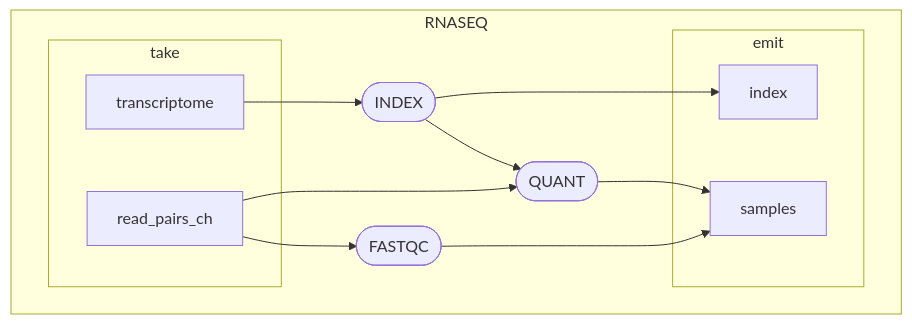
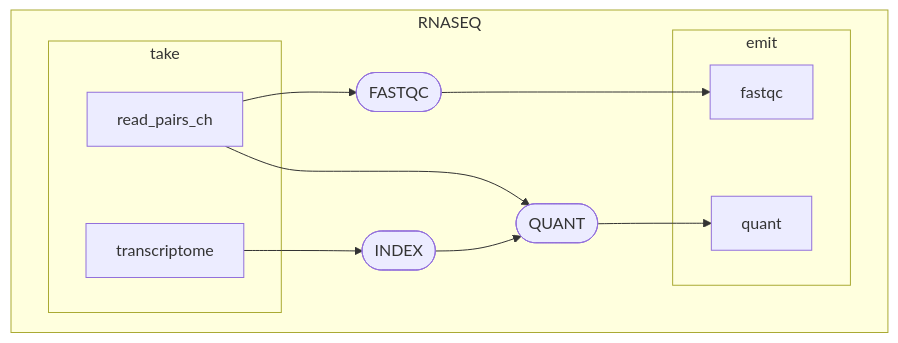
One commit to nextflow-io/nextflow changed the second of 2 diagrams in docs/tutorials/rnaseq-nf.md. Above: the diagram before and after it, drawn with Mermaid. The commit also changed other lines of this file and 1 other file, not shown here.

Commit message:
Align with rnaseq-nf

````diff
--- a/docs/tutorials/rnaseq-nf.md
+++ b/docs/tutorials/rnaseq-nf.md
@@ -47,23 +47,22 @@
 ```{mermaid}
 flowchart TB
     subgraph RNASEQ
     subgraph take
     v0["read_pairs_ch"]
     v1["transcriptome"]
     end
     v2([INDEX])
     v4([FASTQC])
     v6([QUANT])
     subgraph emit
-    v10["index"]
-    v9["samples"]
+    v8["fastqc"]
+    v9["quant"]
     end
     v1 --> v2
     v0 --> v4
     v0 --> v6
     v2 --> v6
-    v4 --> v9
+    v4 --> v8
     v6 --> v9
-    v2 --> v10
     end
 ```
````
